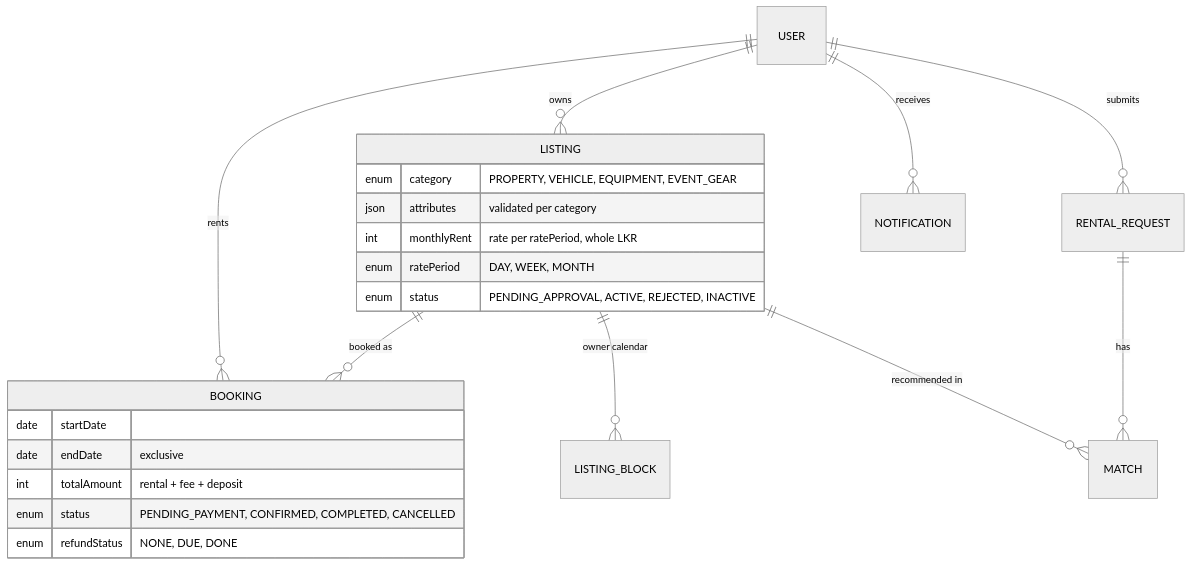
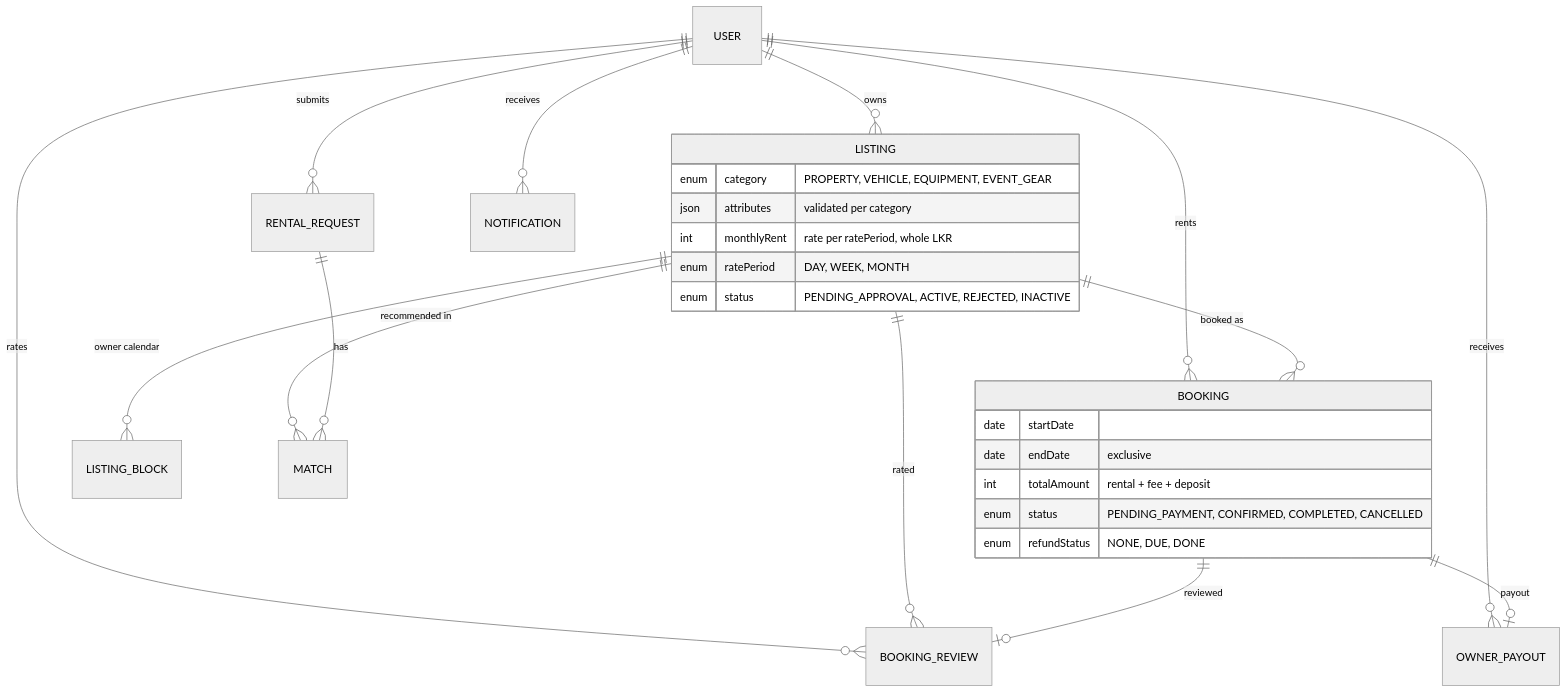
One commit to NishenAMJ/RentalAds changed the second of 2 diagrams in docs/ARCHITECTURE.md. Above: the diagram before and after it, drawn with Mermaid (neutral theme). The commit also changed other lines of this file and 3 other files, not shown here.

Commit message:
Enhance documentation and tests for booking reviews and owner verification processes

````diff
--- a/docs/ARCHITECTURE.md
+++ b/docs/ARCHITECTURE.md
@@ -105,25 +105,30 @@
 ```mermaid
 erDiagram
   USER ||--o{ LISTING : owns
   USER ||--o{ BOOKING : rents
+  USER ||--o{ BOOKING_REVIEW : rates
+  USER ||--o{ OWNER_PAYOUT : receives
   USER ||--o{ RENTAL_REQUEST : submits
   LISTING ||--o{ BOOKING : "booked as"
+  LISTING ||--o{ BOOKING_REVIEW : rated
+  BOOKING ||--o| BOOKING_REVIEW : reviewed
+  BOOKING ||--o| OWNER_PAYOUT : payout
   LISTING ||--o{ LISTING_BLOCK : "owner calendar"
   LISTING ||--o{ MATCH : "recommended in"
   RENTAL_REQUEST ||--o{ MATCH : has
   USER ||--o{ NOTIFICATION : receives
   LISTING {
     enum category "PROPERTY, VEHICLE, EQUIPMENT, EVENT_GEAR"
     json attributes "validated per category"
     int monthlyRent "rate per ratePeriod, whole LKR"
     enum ratePeriod "DAY, WEEK, MONTH"
     enum status "PENDING_APPROVAL, ACTIVE, REJECTED, INACTIVE"
   }
   BOOKING {
     date startDate
     date endDate "exclusive"
     int totalAmount "rental + fee + deposit"
     enum status "PENDING_PAYMENT, CONFIRMED, COMPLETED, CANCELLED"
     enum refundStatus "NONE, DUE, DONE"
   }
 ```
````
